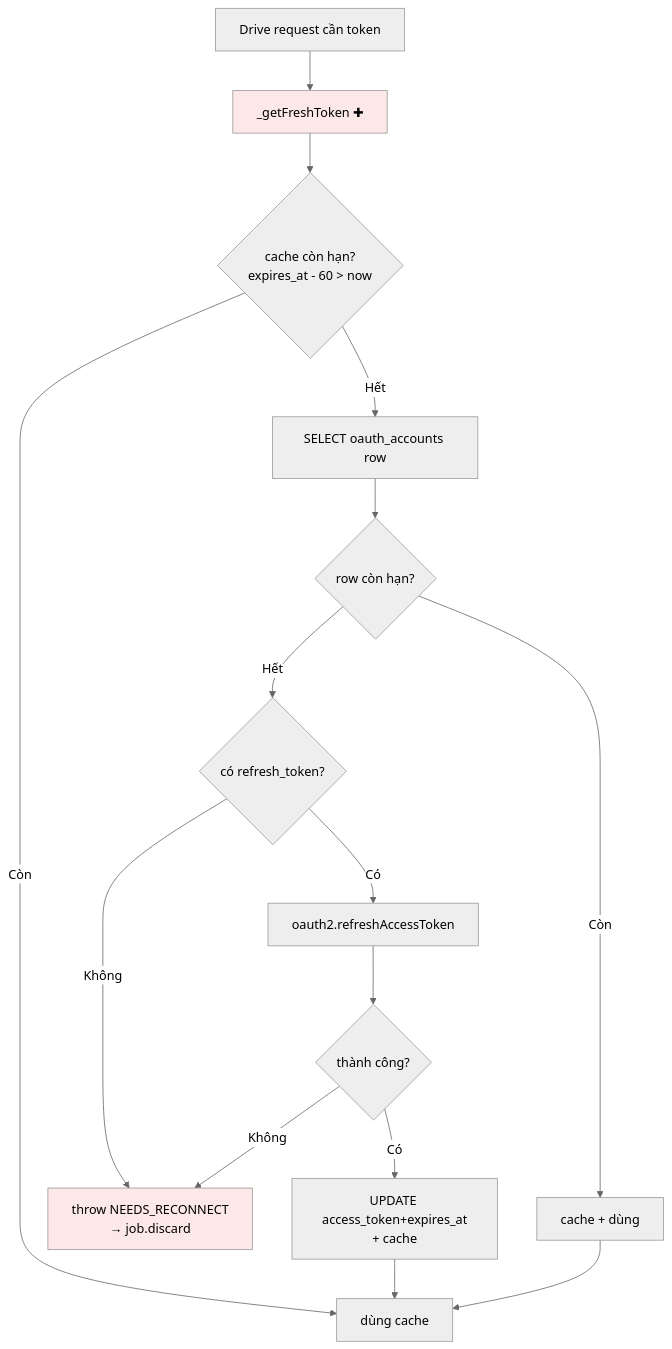
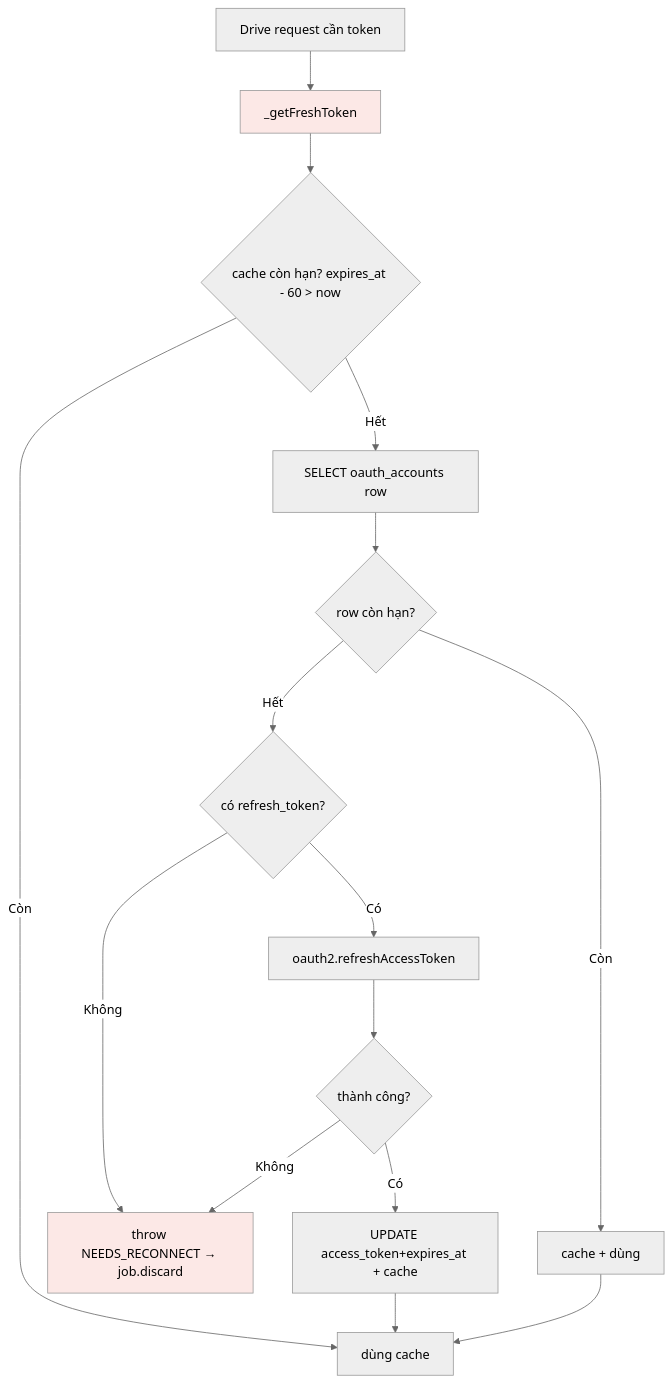
One commit to drumee/ui-team changed the seventh of 7 diagrams in docs/gdrive-migration-workflow.md. Above: the diagram before and after it, drawn with Mermaid (neutral theme). The commit also changed other lines of this file, not shown here.

First line of the commit message:
Update Google Drive migration workflow documentation

````diff
--- a/docs/gdrive-migration-workflow.md
+++ b/docs/gdrive-migration-workflow.md
@@ -269,20 +290,20 @@
 ```mermaid
 flowchart TD
-    A[Drive request cần token] --> B[_getFreshToken ✚]
-    B --> C{cache còn hạn?<br/>expires_at - 60 > now}
+    A[Drive request cần token] --> B[_getFreshToken]
+    B --> C{cache còn hạn? expires_at - 60 > now}
     C -->|Còn| D[dùng cache]
     C -->|Hết| E[SELECT oauth_accounts row]
     E --> F{row còn hạn?}
     F -->|Còn| G[cache + dùng]
     F -->|Hết| H{có refresh_token?}
-    H -->|Không| I[throw NEEDS_RECONNECT<br/>→ job.discard]
+    H -->|Không| I[throw NEEDS_RECONNECT → job.discard]
     H -->|Có| J[oauth2.refreshAccessToken]
     J --> K{thành công?}
     K -->|Không| I
-    K -->|Có| L[UPDATE access_token+expires_at<br/>+ cache]
+    K -->|Có| L[UPDATE access_token+expires_at + cache]
     L --> D
     G --> D
 
     style B fill:#fce8e6
     style I fill:#fce8e6
 ```
````
